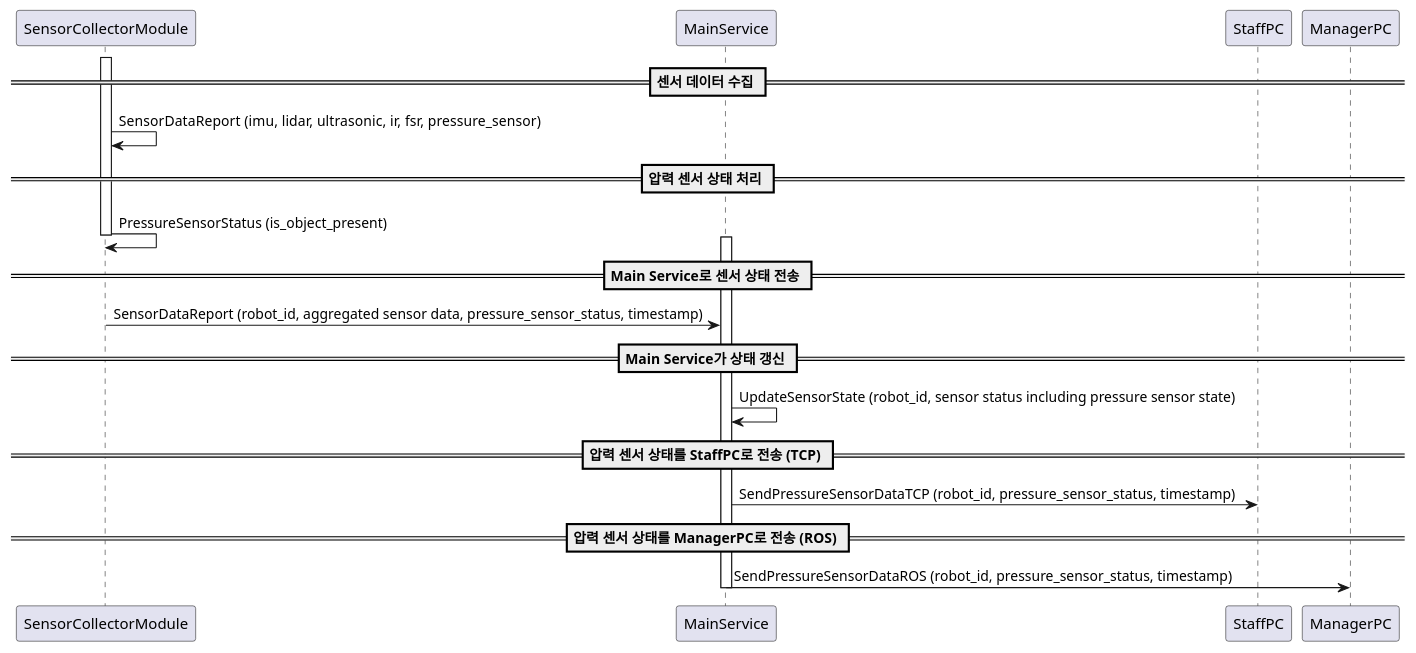
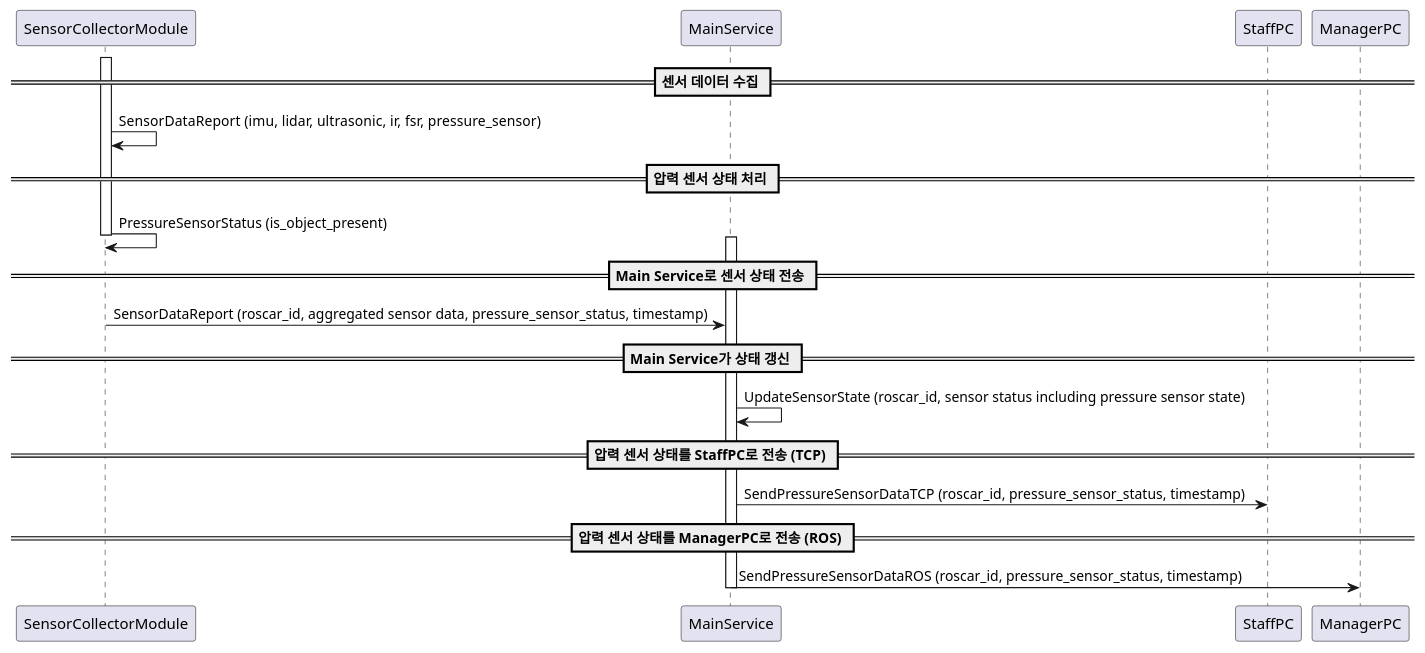
Before and after one commit to addinedu-ros-8th/ros-repo-3: diagram 19 of 24 in docs/sequence_diagram v1-component.md, drawn with PlantUML. The commit also changed other lines of this file and 108 other files, not shown here.

Commit message:
Fix build and Rename robot to roscar

````diff
--- a/docs/sequence_diagram v1-component.md
+++ b/docs/sequence_diagram v1-component.md
@@ -870,36 +870,36 @@
 ```plantuml
 @startuml
 participant SensorCollectorModule
 participant MainService
 participant StaffPC
 participant ManagerPC
 
 == 센서 데이터 수집 ==
 
 activate SensorCollectorModule
 SensorCollectorModule -> SensorCollectorModule: SensorDataReport (imu, lidar, ultrasonic, ir, fsr, pressure_sensor)
 
 == 압력 센서 상태 처리 ==
 
 SensorCollectorModule -> SensorCollectorModule: PressureSensorStatus (is_object_present)
 deactivate SensorCollectorModule
 
 == Main Service로 센서 상태 전송 ==
 
 activate MainService
-SensorCollectorModule -> MainService: SensorDataReport (robot_id, aggregated sensor data, pressure_sensor_status, timestamp)
+SensorCollectorModule -> MainService: SensorDataReport (roscar_id, aggregated sensor data, pressure_sensor_status, timestamp)
 
 == Main Service가 상태 갱신 ==
 
-MainService -> MainService: UpdateSensorState (robot_id, sensor status including pressure sensor state)
+MainService -> MainService: UpdateSensorState (roscar_id, sensor status including pressure sensor state)
 
 == 압력 센서 상태를 StaffPC로 전송 (TCP) ==
 
-MainService -> StaffPC: SendPressureSensorDataTCP (robot_id, pressure_sensor_status, timestamp)
+MainService -> StaffPC: SendPressureSensorDataTCP (roscar_id, pressure_sensor_status, timestamp)
 
 == 압력 센서 상태를 ManagerPC로 전송 (ROS) ==
 
-MainService -> ManagerPC: SendPressureSensorDataROS (robot_id, pressure_sensor_status, timestamp)
+MainService -> ManagerPC: SendPressureSensorDataROS (roscar_id, pressure_sensor_status, timestamp)
 deactivate MainService
 @enduml
 ```
````
